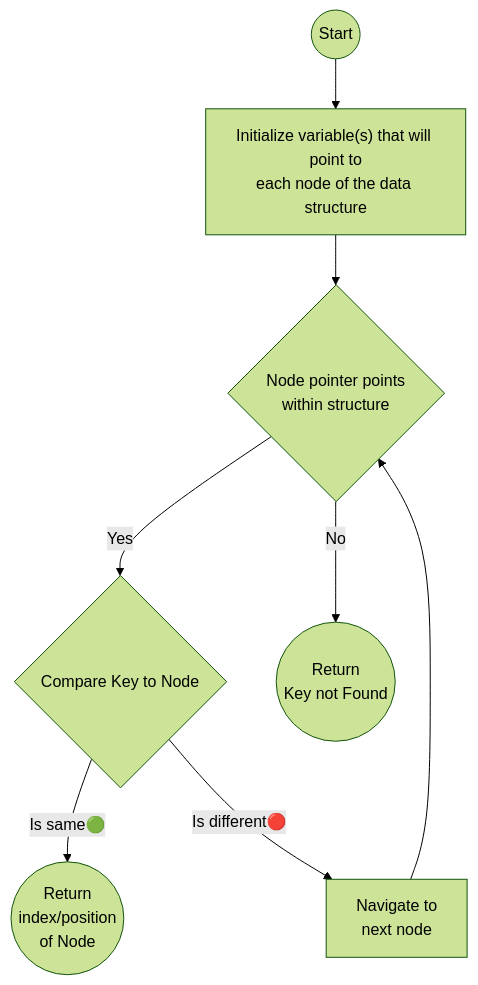
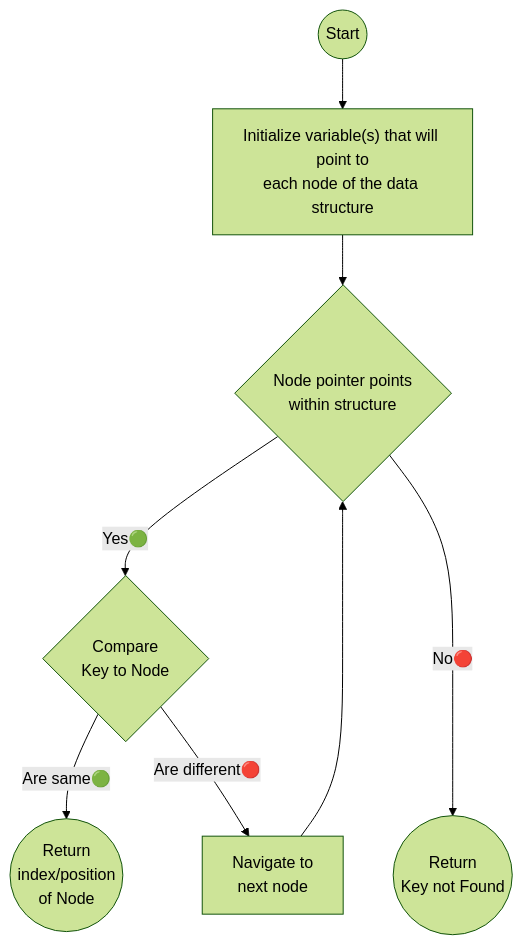
Before and after one commit to Mebanseibor/Code-Collection: the first of 2 diagrams in Java/Algorithms/Searching/Linear Search/README.md, drawn with Mermaid (forest theme). The commit also changed other lines of this file and 3 other files, not shown here.

````diff
--- a/Java/Algorithms/Searching/Linear Search/README.md
+++ b/Java/Algorithms/Searching/Linear Search/README.md
@@ -16,25 +16,25 @@
 ```mermaid
 flowchart
     %% Node definition
     Start((Start))
     VarInit[Initialize initial variables]
     CheckPointerWithinOfBounds{Node pointer points  <br />within structure}
     NextNode[Navigate to<br>next node]
-    CompareKeyToNode{Compare Key to Node}
+    CompareKeyToNode{Compare<br />Key to Node}
     ReturnKey((Return<br />index/position<br />of Node))
     ReturnKeyNotFound((Return<br/>Key not Found))
 
     Start --> VarInit[Initialize variable#40;s#41; that will point to<br>each node of the data structure]
     VarInit --> CheckPointerWithinOfBounds
     
     %% CheckPointerWithinOfBounds
-        CheckPointerWithinOfBounds -->|Yes| CompareKeyToNode
-        CheckPointerWithinOfBounds -->|No| ReturnKeyNotFound
+        CheckPointerWithinOfBounds -->|Yes🟢| CompareKeyToNode
+        CheckPointerWithinOfBounds --->|No🔴| ReturnKeyNotFound
 
 
     %% CompareKeyToNode
-        CompareKeyToNode --> |Is same🟢| ReturnKey
-        CompareKeyToNode --> |Is different🔴| NextNode
+        CompareKeyToNode --> |Are same🟢| ReturnKey
+        CompareKeyToNode --> |Are different🔴| NextNode
     
     NextNode --> CheckPointerWithinOfBounds
 ```
````
